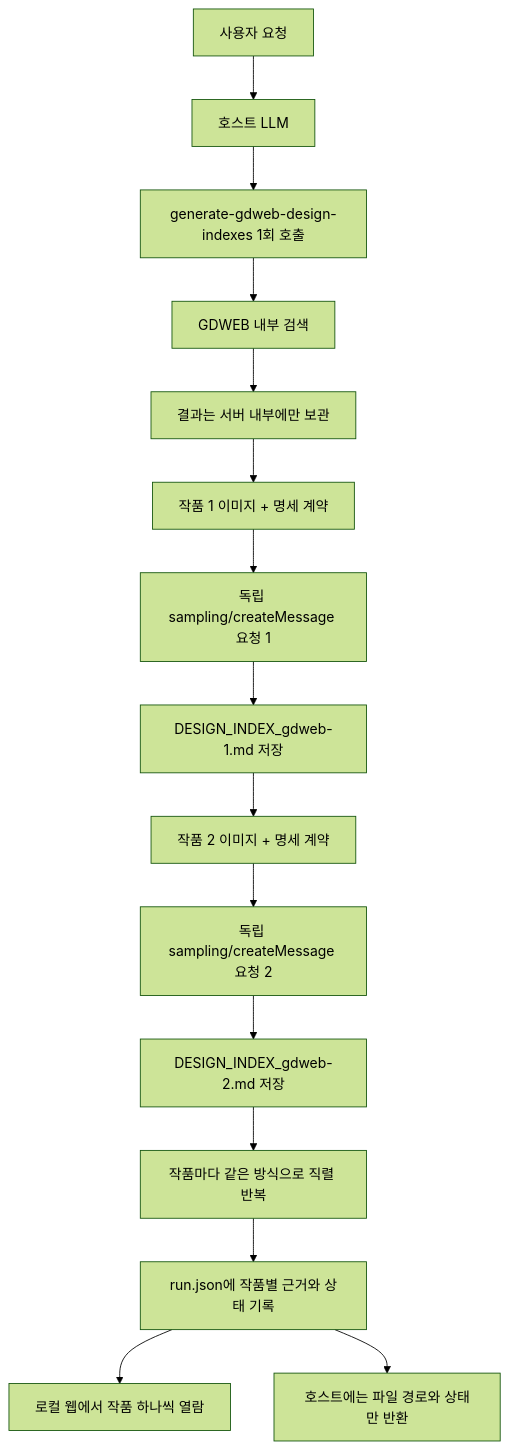
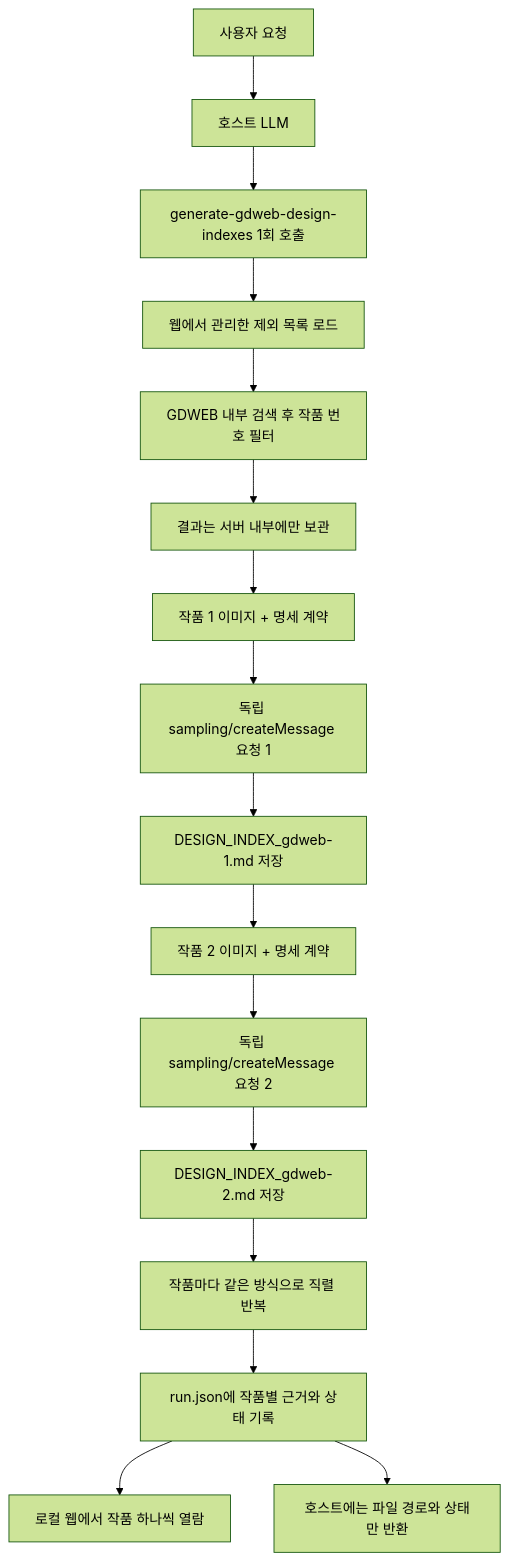
The first of 2 diagrams in README.md (yyeongjin/secret_mcp), drawn with Mermaid (forest theme) before and after one commit. The commit also changed other lines of this file and 15 other files, not shown here.

Commit message:
Add page-level specs and search exclusions

````diff
--- a/README.md
+++ b/README.md
@@ -92,17 +94,18 @@
 ```mermaid
 flowchart TD
     User["사용자 요청"] --> Host["호스트 LLM"]
     Host --> Tool["generate-gdweb-design-indexes 1회 호출"]
-    Tool --> Search["GDWEB 내부 검색"]
+    Tool --> Exclusions["웹에서 관리한 제외 목록 로드"]
+    Exclusions --> Search["GDWEB 내부 검색 후 작품 번호 필터"]
     Search --> Queue["결과는 서버 내부에만 보관"]
     Queue --> R1["작품 1 이미지 + 명세 계약"]
     R1 --> S1["독립 sampling/createMessage 요청 1"]
     S1 --> F1["DESIGN_INDEX_gdweb-1.md 저장"]
     F1 --> R2["작품 2 이미지 + 명세 계약"]
     R2 --> S2["독립 sampling/createMessage 요청 2"]
     S2 --> F2["DESIGN_INDEX_gdweb-2.md 저장"]
     F2 --> More["작품마다 같은 방식으로 직렬 반복"]
     More --> Manifest["run.json에 작품별 근거와 상태 기록"]
     Manifest --> Web["로컬 웹에서 작품 하나씩 열람"]
     Manifest --> Status["호스트에는 파일 경로와 상태만 반환"]
 ```
````
